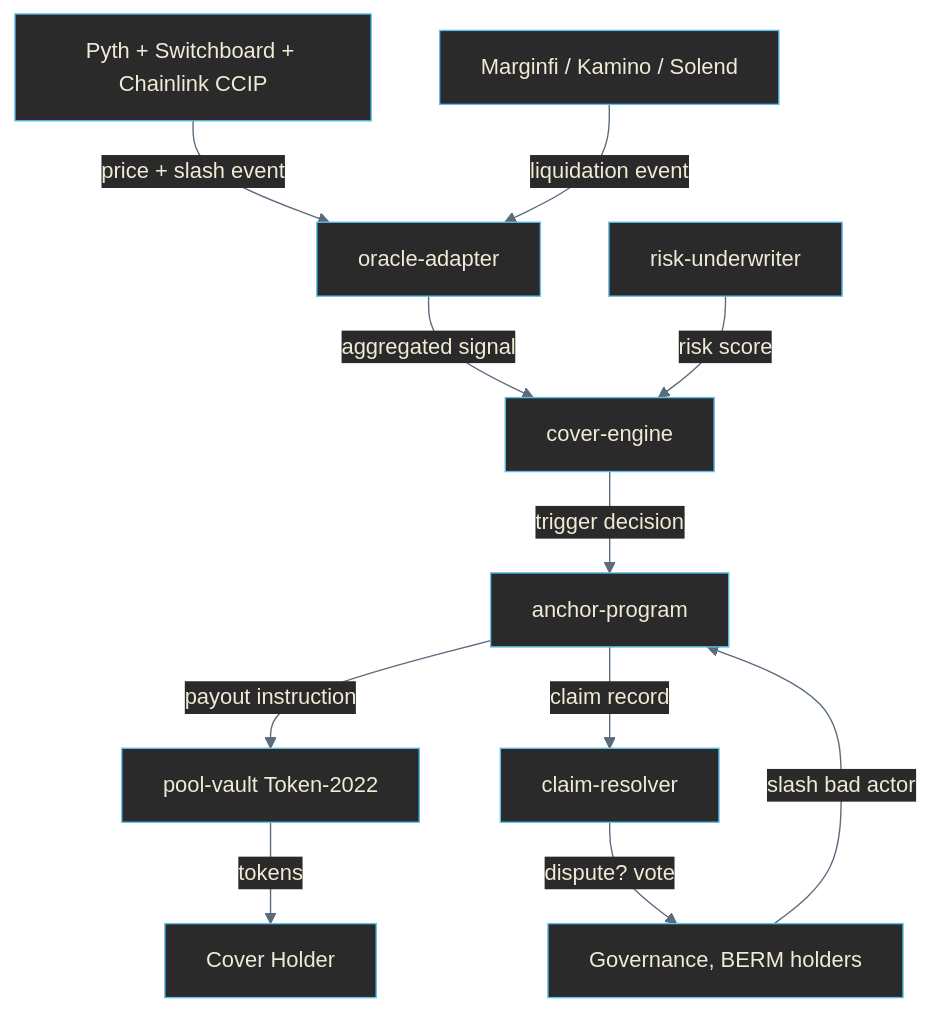
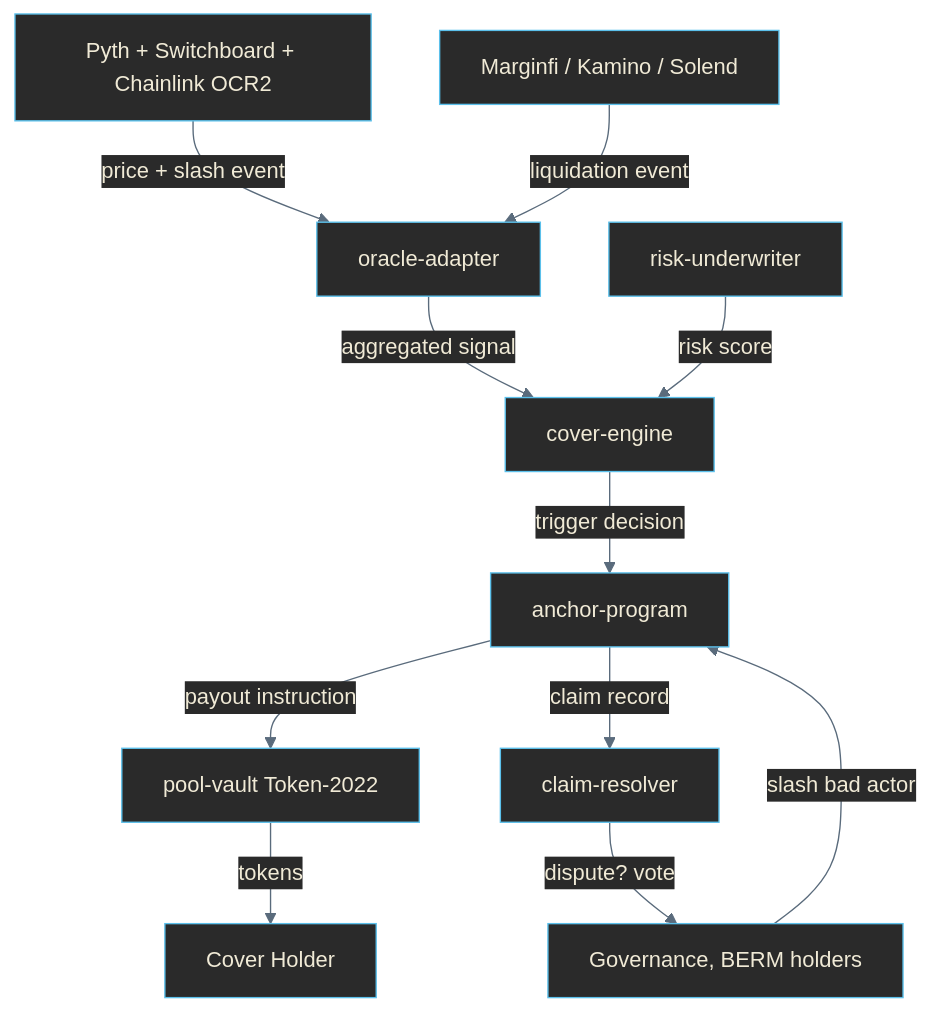
One commit to berm-labs/berm changed the diagram in README.md. Above: the diagram before and after it, drawn with Mermaid. The commit also changed other lines of this file, not shown here.

Commit message:
Add the contract address to the readme and align the oracle adapter naming with the code

````diff
--- a/README.md
+++ b/README.md
@@ -34,22 +37,22 @@
 ```mermaid
 %%{init: {'theme':'base','themeVariables':{
   'primaryColor':'#2A2A2A',
   'primaryTextColor':'#F0EAD6',
   'primaryBorderColor':'#5BC0EB',
   'lineColor':'#5A6B7C',
   'background':'#0A0E27',
   'tertiaryColor':'#0A0E27',
   'tertiaryTextColor':'#E8EAED'
 }}}%%
 flowchart TD
-    Oracle[Pyth + Switchboard + Chainlink CCIP] -->|price + slash event| OA[oracle-adapter]
+    Oracle[Pyth + Switchboard + Chainlink OCR2] -->|price + slash event| OA[oracle-adapter]
     Marginfi[Marginfi / Kamino / Solend] -->|liquidation event| OA
     OA -->|aggregated signal| CE[cover-engine]
     RU[risk-underwriter] -->|risk score| CE
     CE -->|trigger decision| AP[anchor-program]
     AP -->|payout instruction| PV[pool-vault Token-2022]
     PV -->|tokens| User[Cover Holder]
     AP -->|claim record| CR[claim-resolver]
     CR -->|dispute? vote| Gov[Governance, BERM holders]
     Gov -->|slash bad actor| AP
 ```
````
